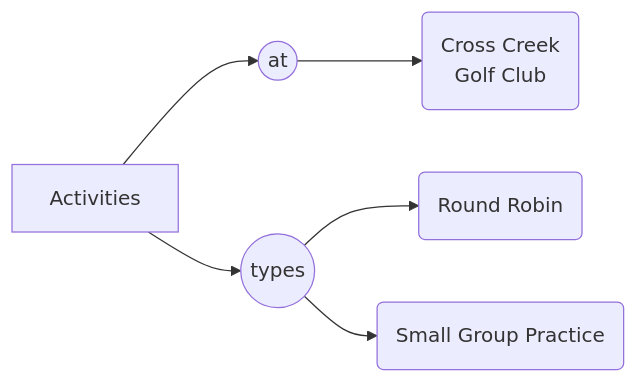
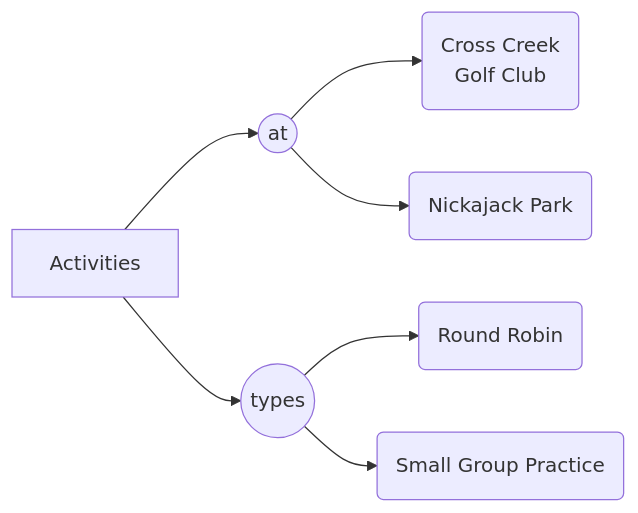
One commit to live-book/atlanta-dupr changed the diagram in vue-root/docs/activity/activity.md. Above: the diagram before and after it, drawn with Mermaid. The commit also changed other lines of this file and 31 other files, not shown here.

````diff
--- a/vue-root/docs/activity/activity.md
+++ b/vue-root/docs/activity/activity.md
@@ -3,6 +3,7 @@
 ```mermaid
 graph LR
     A[Activities] --> B((at)) --> C(Cross Creek<br/>Golf Club)
+    B --> D(Nickajack Park)
     A --> E((types)) --> F(Round Robin)
     E --> G(Small Group Practice)
 ```
````
